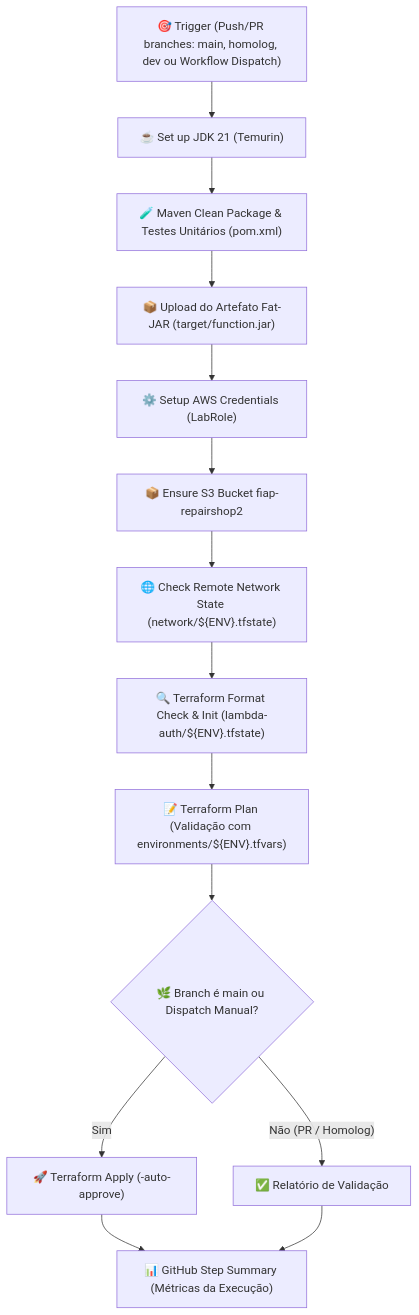
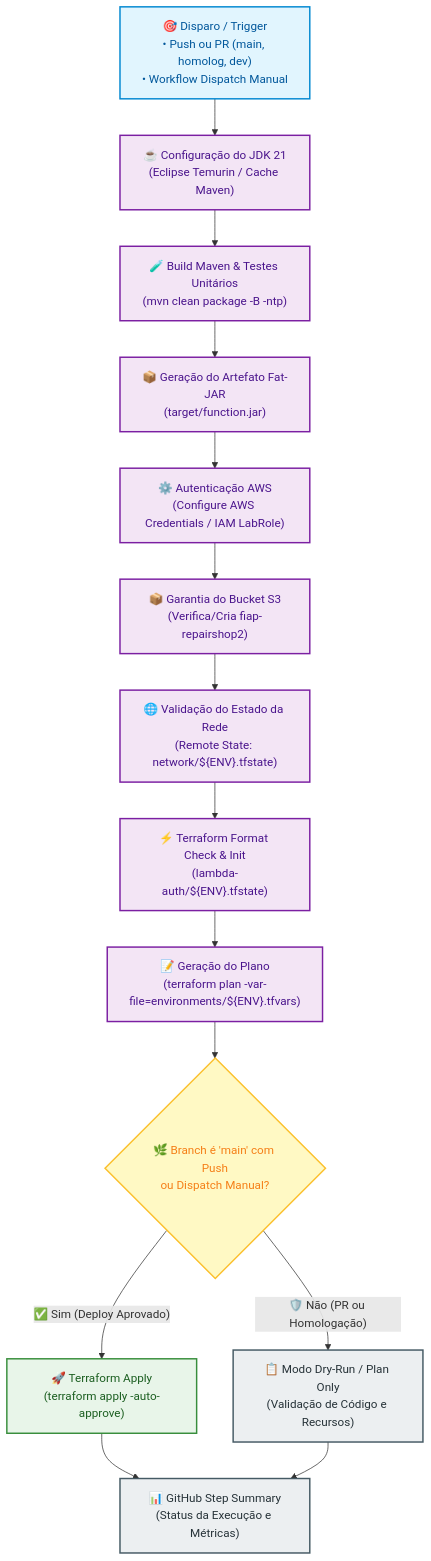
The second of 3 diagrams in README.md (tech-challenge-fiap-repairshop/tech-challenge-repairshop-lambda-auth), drawn with Mermaid before and after one commit. The commit also changed other lines of this file, not shown here.

Commit message:
docs: standardize Mermaid diagrams with enhanced styling, spacing and Git Flow

````diff
--- a/README.md
+++ b/README.md
@@ -120,16 +136,25 @@
 ```mermaid
 flowchart TD
-    A["🎯 Trigger (Push/PR branches: main, homolog, dev ou Workflow Dispatch)"] --> B["☕ Set up JDK 21 (Temurin)"]
-    B --> C["🧪 Maven Clean Package & Testes Unitários (pom.xml)"]
-    C --> D["📦 Upload do Artefato Fat-JAR (target/function.jar)"]
-    D --> E["⚙️ Setup AWS Credentials (LabRole)"]
-    E --> F["📦 Ensure S3 Bucket fiap-repairshop2"]
-    F --> G["🌐 Check Remote Network State (network/${ENV}.tfstate)"]
-    G --> H["🔍 Terraform Format Check & Init (lambda-auth/${ENV}.tfstate)"]
-    H --> I["📝 Terraform Plan (Validação com environments/${ENV}.tfvars)"]
-    I --> J{"🌿 Branch é main ou Dispatch Manual?"}
-    J -- "Sim" --> K["🚀 Terraform Apply (-auto-approve)"]
-    J -- "Não (PR / Homolog)" --> L["✅ Relatório de Validação"]
-    K --> M["📊 GitHub Step Summary (Métricas da Execução)"]
+    classDef triggerStyle fill:#E1F5FE,stroke:#0288D1,stroke-width:2px,color:#01579B
+    classDef stepStyle fill:#F3E5F5,stroke:#7B1FA2,stroke-width:2px,color:#4A148C
+    classDef gateStyle fill:#FFF9C4,stroke:#FBC02D,stroke-width:2px,color:#F57F17
+    classDef deployStyle fill:#E8F5E9,stroke:#388E3C,stroke-width:2px,color:#1B5E20
+    classDef reportStyle fill:#ECEFF1,stroke:#455A64,stroke-width:2px,color:#263238
+
+    A["🎯 Disparo / Trigger\n• Push ou PR (main, homolog, dev)\n• Workflow Dispatch Manual"]:::triggerStyle
+    A --> B["☕ Configuração do JDK 21\n(Eclipse Temurin / Cache Maven)"]:::stepStyle
+    B --> C["🧪 Build Maven & Testes Unitários\n(mvn clean package -B -ntp)"]:::stepStyle
+    C --> D["📦 Geração do Artefato Fat-JAR\n(target/function.jar)"]:::stepStyle
+    D --> E["⚙️ Autenticação AWS\n(Configure AWS Credentials / IAM LabRole)"]:::stepStyle
+    E --> F["📦 Garantia do Bucket S3\n(Verifica/Cria fiap-repairshop2)"]:::stepStyle
+    F --> G["🌐 Validação do Estado da Rede\n(Remote State: network/${ENV}.tfstate)"]:::stepStyle
+    G --> H["⚡ Terraform Format Check & Init\n(lambda-auth/${ENV}.tfstate)"]:::stepStyle
+    H --> I["📝 Geração do Plano\n(terraform plan -var-file=environments/${ENV}.tfvars)"]:::stepStyle
+    I --> J{"🌿 Branch é 'main' com Push\nou Dispatch Manual?"}:::gateStyle
+    
+    J -- "✅ Sim (Deploy Aprovado)" --> K["🚀 Terraform Apply\n(terraform apply -auto-approve)"]:::deployStyle
+    J -- "🛡️ Não (PR ou Homologação)" --> L["📋 Modo Dry-Run / Plan Only\n(Validação de Código e Recursos)"]:::reportStyle
+    
+    K --> M["📊 GitHub Step Summary\n(Status da Execução e Métricas)"]:::reportStyle
     L --> M
 ```
````
